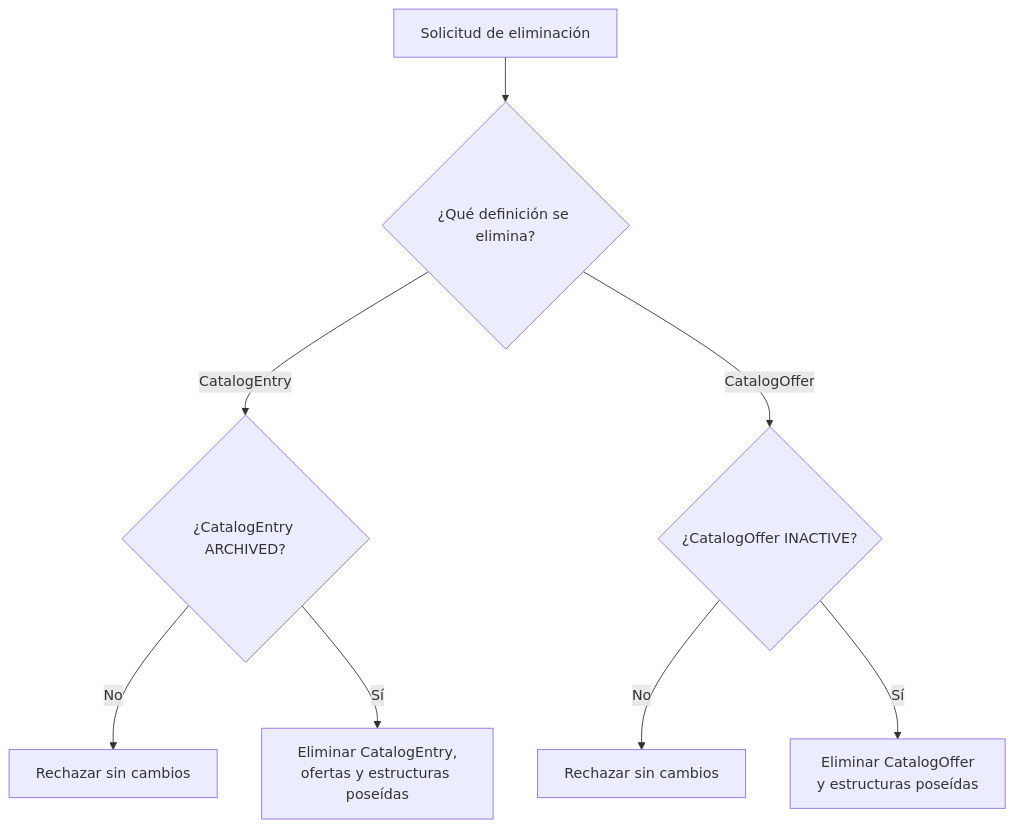
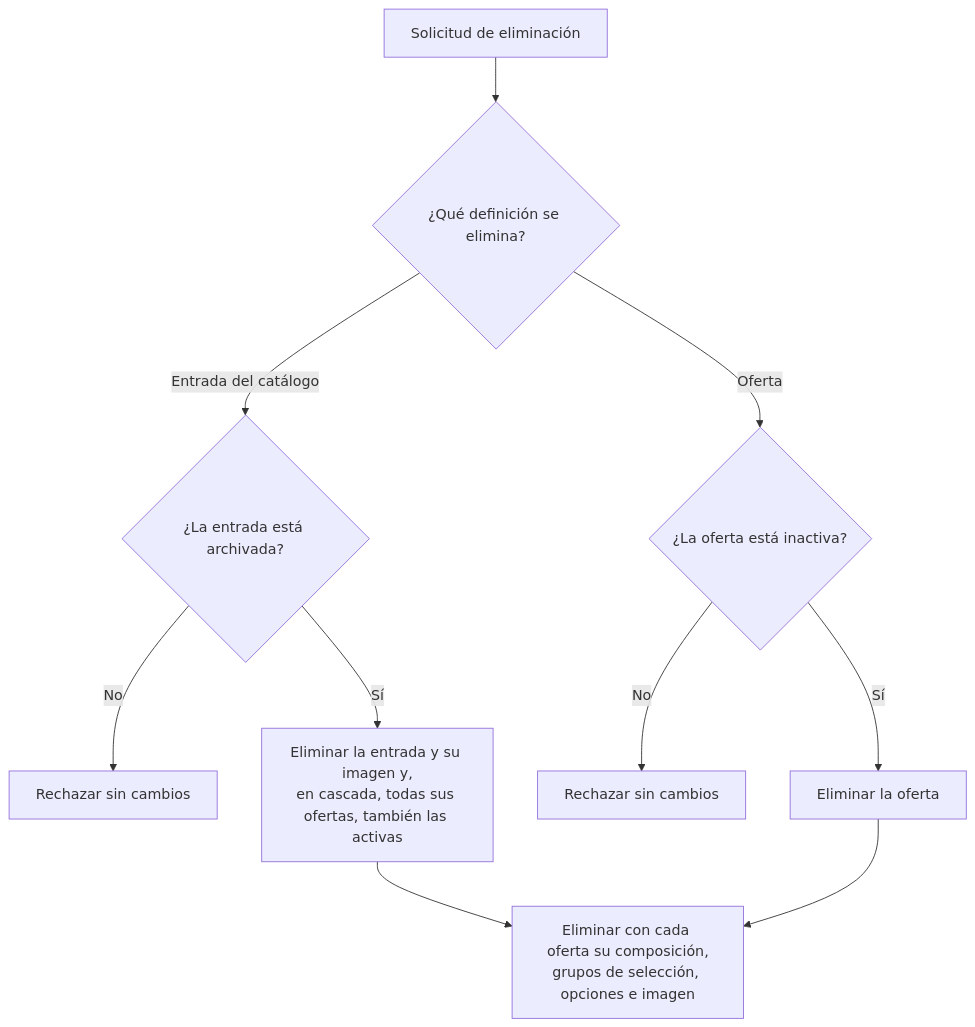
The fifth of 7 diagrams in docs/ers/architechture.md (FMAT-Restaurant/Menu-Documentation), drawn with Mermaid before and after one commit. The commit also changed other lines of this file and 21 other files, not shown here.

````diff
--- a/docs/ers/architechture.md
+++ b/docs/ers/architechture.md
@@ -204,12 +229,15 @@
 ```mermaid
 flowchart TB
     Start["Solicitud de eliminación"] --> Kind{"¿Qué definición se elimina?"}
 
-    Kind -->|CatalogEntry| EntryState{"¿CatalogEntry ARCHIVED?"}
+    Kind -->|Entrada del catálogo| EntryState{"¿La entrada está archivada?"}
     EntryState -->|No| RejectEntry["Rechazar sin cambios"]
-    EntryState -->|Sí| DeleteEntry["Eliminar CatalogEntry,<br/>ofertas y estructuras poseídas"]
+    EntryState -->|Sí| DeleteEntry["Eliminar la entrada y su imagen y,<br/>en cascada, todas sus ofertas, también las activas"]
 
-    Kind -->|CatalogOffer| OfferState{"¿CatalogOffer INACTIVE?"}
+    Kind -->|Oferta| OfferState{"¿La oferta está inactiva?"}
     OfferState -->|No| RejectOffer["Rechazar sin cambios"]
-    OfferState -->|Sí| DeleteOffer["Eliminar CatalogOffer<br/>y estructuras poseídas"]
+    OfferState -->|Sí| DeleteOffer["Eliminar la oferta"]
+
+    DeleteEntry --> Owned["Eliminar con cada oferta su composición,<br/>grupos de selección, opciones e imagen"]
+    DeleteOffer --> Owned
 ```
````
